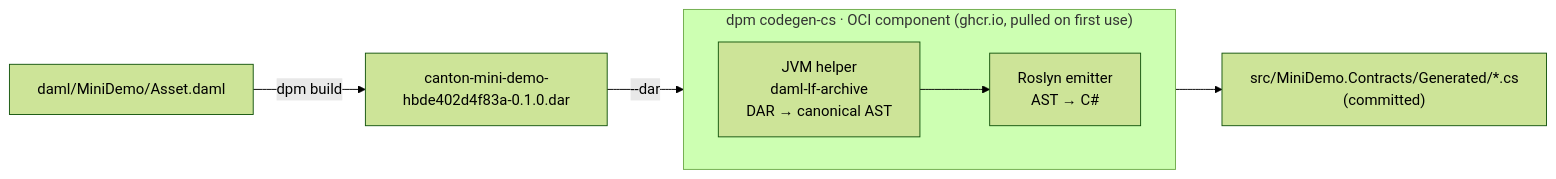
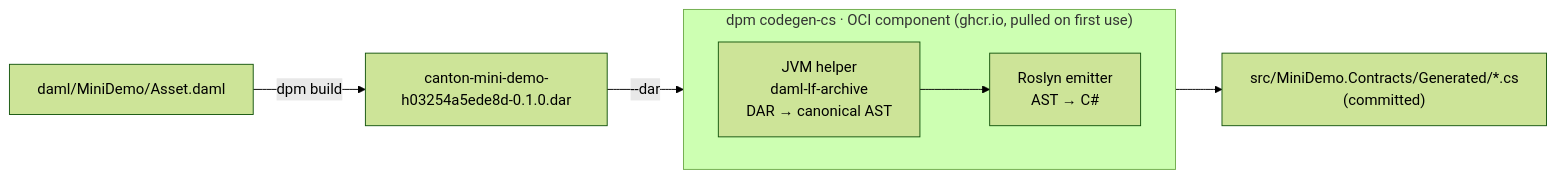
One commit to peacefulstudio/canton-dotnet-sdk-mini-demo changed the second of 3 diagrams in docs/public/how-it-works.md. Above: the diagram before and after it, drawn with Mermaid (forest theme). The commit also changed other lines of this file and 24 other files, not shown here.

````diff
--- a/docs/public/how-it-works.md
+++ b/docs/public/how-it-works.md
@@ -78,10 +78,10 @@
 ```mermaid
 flowchart LR
-    A["daml/MiniDemo/Asset.daml"] -->|"dpm build"| B["canton-mini-demo-hbde402d4f83a-0.1.0.dar"]
+    A["daml/MiniDemo/Asset.daml"] -->|"dpm build"| B["canton-mini-demo-h03254a5ede8d-0.1.0.dar"]
     subgraph OCI["dpm codegen-cs · OCI component (ghcr.io, pulled on first use)"]
         direction LR
         J["JVM helper<br/>daml-lf-archive<br/>DAR → canonical AST"] --> R["Roslyn emitter<br/>AST → C#"]
     end
     B -->|"--dar"| J
     R --> D["src/MiniDemo.Contracts/Generated/*.cs<br/>(committed)"]
 ```
````
